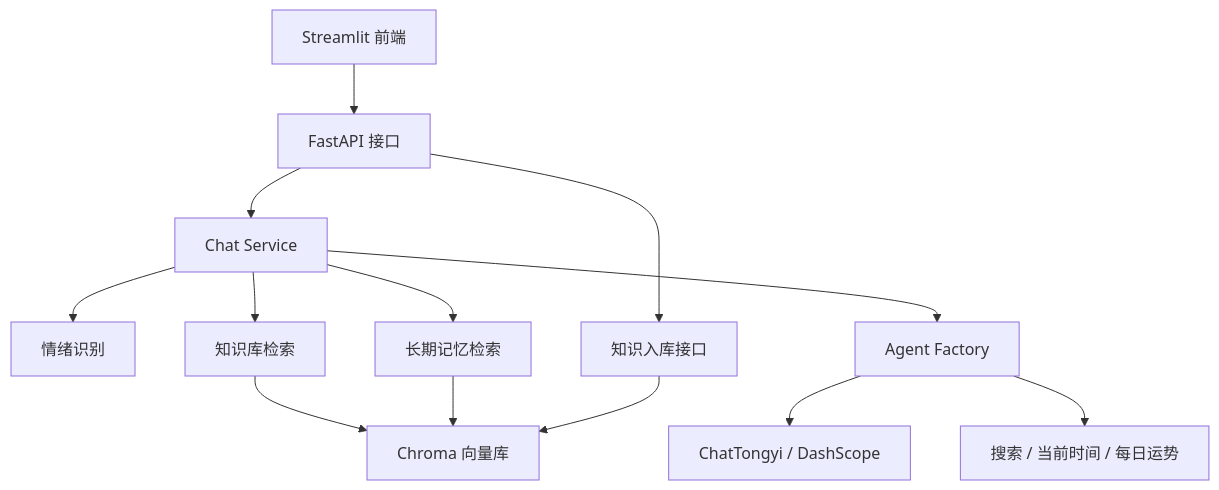
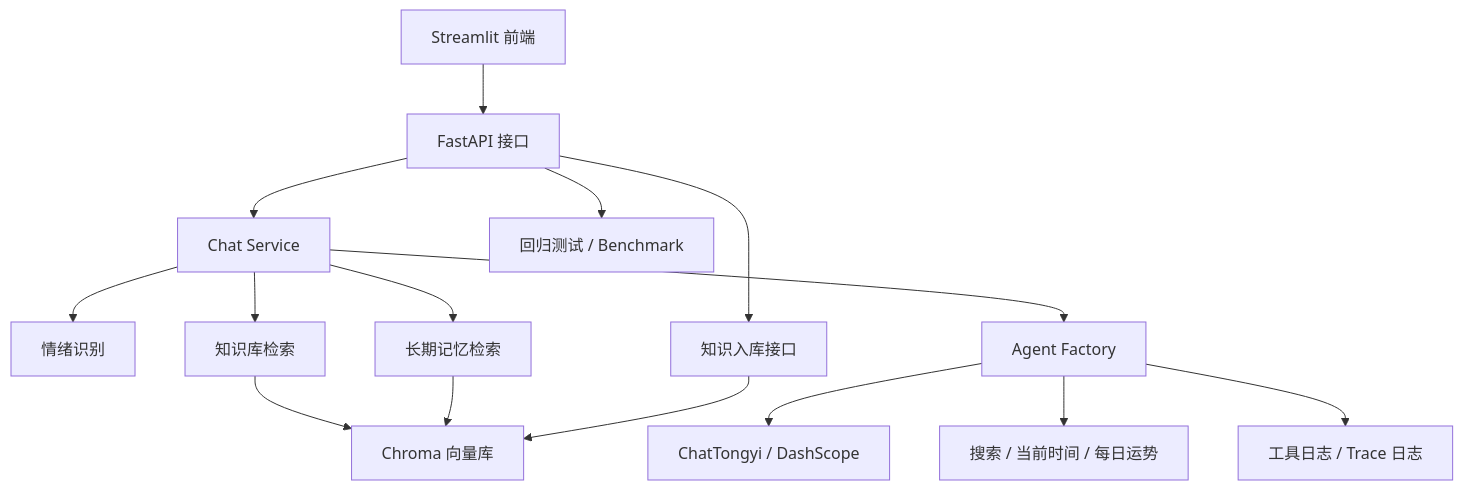
Before and after one commit to ManTang034/StarOracle_Agent: the first of 2 diagrams in README.md, drawn with Mermaid. The commit also changed other lines of this file and 9 other files, not shown here.

````diff
--- a/README.md
+++ b/README.md
@@ -56,15 +69,17 @@
 ```mermaid
 flowchart TB
     U[Streamlit 前端] --> API[FastAPI 接口]
     API --> CHAT[Chat Service]
     CHAT --> EMO[情绪识别]
     CHAT --> MEM[长期记忆检索]
     CHAT --> RAG[知识库检索]
     CHAT --> AGENT[Agent Factory]
     AGENT --> LLM[ChatTongyi / DashScope]
     AGENT --> TOOLS[搜索 / 当前时间 / 每日运势]
     RAG --> CHROMA[Chroma 向量库]
     MEM --> CHROMA
     API --> INGEST[知识入库接口]
     INGEST --> CHROMA
+    AGENT --> LOG[工具日志 / Trace 日志]
+    API --> TEST[回归测试 / Benchmark]
 ```
````
